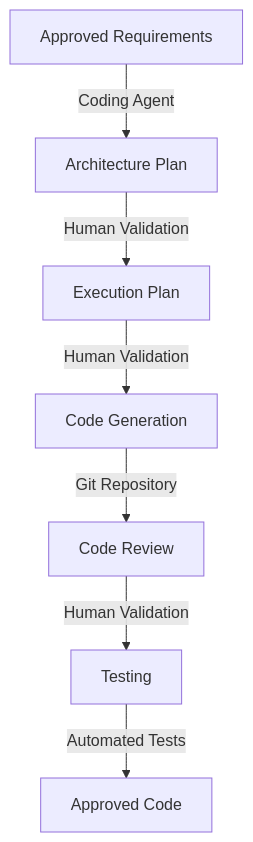
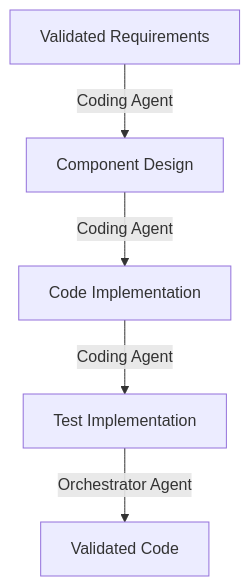
Before and after one commit to kgatilin/aihive: the second of 4 diagrams in docs/arch/data_flow_architecture.md, drawn with Mermaid. The commit also changed other lines of this file and 3 other files, not shown here.

Commit message:
Reintegrate Orchestrator Agent into the architecture documentation

````diff
--- a/docs/arch/data_flow_architecture.md
+++ b/docs/arch/data_flow_architecture.md
@@ -46,9 +51,7 @@
 ```mermaid
 graph TD
-    A[Approved Requirements] -->|Coding Agent| B[Architecture Plan]
-    B -->|Human Validation| C[Execution Plan]
-    C -->|Human Validation| D[Code Generation]
-    D -->|Git Repository| E[Code Review]
-    E -->|Human Validation| F[Testing]
-    F -->|Automated Tests| G[Approved Code]
+    A[Validated Requirements] -->|Coding Agent| B[Component Design]
+    B -->|Coding Agent| C[Code Implementation]
+    C -->|Coding Agent| D[Test Implementation]
+    D -->|Orchestrator Agent| E[Validated Code]
 ```
````
